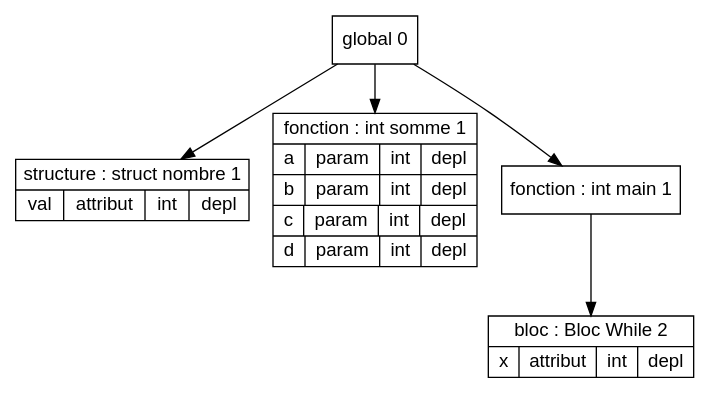
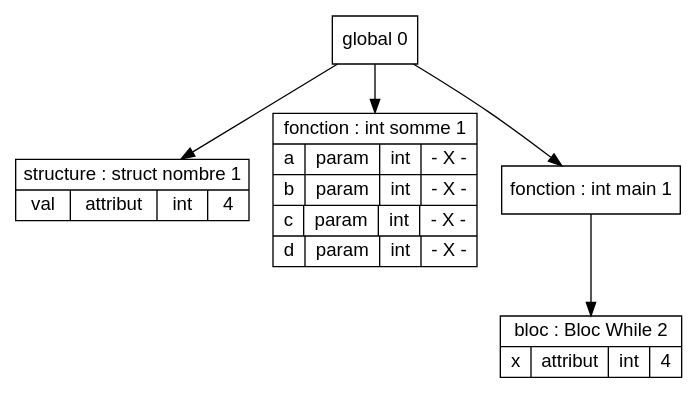
One commit to Hamza-ABDOULHOUSSEN/compil changed the diagram in Code/out/tds/dot/Test_Semantique/type_param1.dot. Above: the diagram before and after it, drawn with Graphviz. The commit also changed 46 other files, not shown here.

```diff
--- a/Code/out/tds/dot/Test_Semantique/type_param1.dot
+++ b/Code/out/tds/dot/Test_Semantique/type_param1.dot
@@ -1,31 +1,31 @@
 digraph "tds"{
 
 	node [fontname="Arial"];
 
 	N1 [shape=record label="{ structure : struct nombre 1
-	| { val | attribut | int | depl }
+	| { val | attribut | int | 4 }
 	}"];
 
 	N2 [shape=record label="{ fonction : int somme 1
-	| { a | param | int | depl }
-	| { b | param | int | depl }
-	| { c | param | int | depl }
-	| { d | param | int | depl }
+	| { a | param | int | - X - }
+	| { b | param | int | - X - }
+	| { c | param | int | - X - }
+	| { d | param | int | - X - }
 	}"];
 
 	N4 [shape=record label="{ bloc : Bloc While  2
-	| { x | attribut | int | depl }
+	| { x | attribut | int | 4 }
 	}"];
 
 	N3 [shape=record label="{ fonction : int main 1
 	}"];
 
 	N0 [shape=record label="{ global 0
 	}"];
 
 
 	N0 -> N1; 
 	N0 -> N2; 
 	N0 -> N3; 
 	N3 -> N4; 
 }
```
